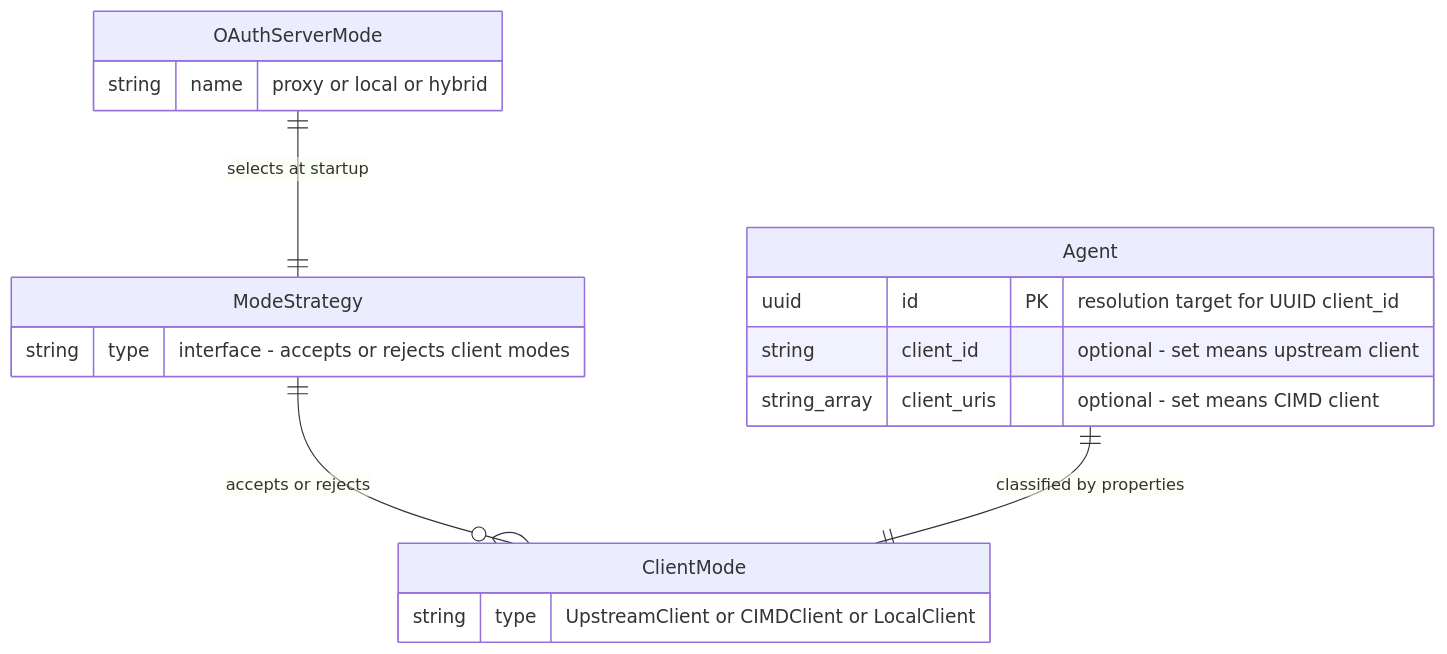
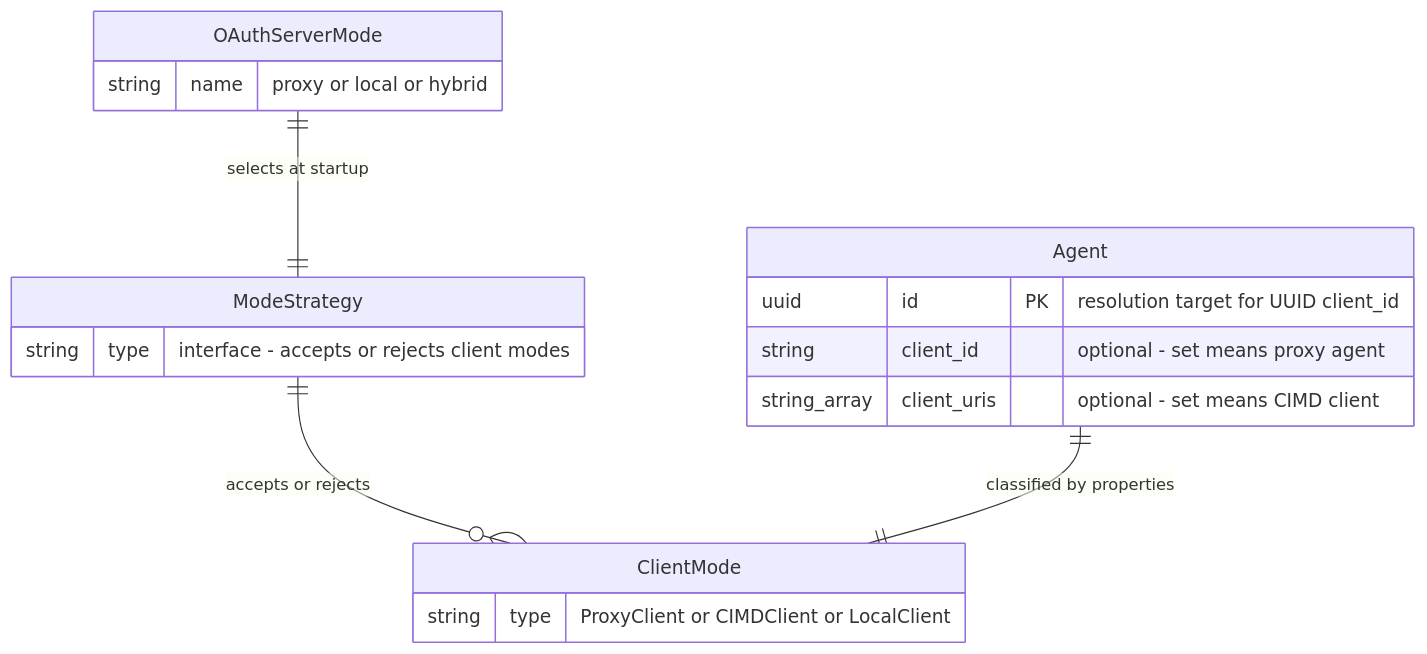
One commit to axsaucedo/agentic-identity-broker changed the diagram in specs/030-hybrid-oauth-modes/data-model.md. Above: the diagram before and after it, drawn with Mermaid. The commit also changed other lines of this file and 7 other files, not shown here.

Commit message:
spec(hybrid): update agent classification terminology to use ClientMode types and clarify mode behaviors

````diff
--- a/specs/030-hybrid-oauth-modes/data-model.md
+++ b/specs/030-hybrid-oauth-modes/data-model.md
@@ -127,20 +127,20 @@
 ```mermaid
 erDiagram
     OAuthServerMode {
         string name "proxy or local or hybrid"
     }
     ModeStrategy {
         string type "interface - accepts or rejects client modes"
     }
     ClientMode {
-        string type "UpstreamClient or CIMDClient or LocalClient"
+        string type "ProxyClient or CIMDClient or LocalClient"
     }
     Agent {
         uuid id PK "resolution target for UUID client_id"
-        string client_id "optional - set means upstream client"
+        string client_id "optional - set means proxy agent"
         string_array client_uris "optional - set means CIMD client"
     }
     OAuthServerMode ||--|| ModeStrategy : "selects at startup"
     ModeStrategy ||--o{ ClientMode : "accepts or rejects"
     Agent ||--|| ClientMode : "classified by properties"
 ```
````
